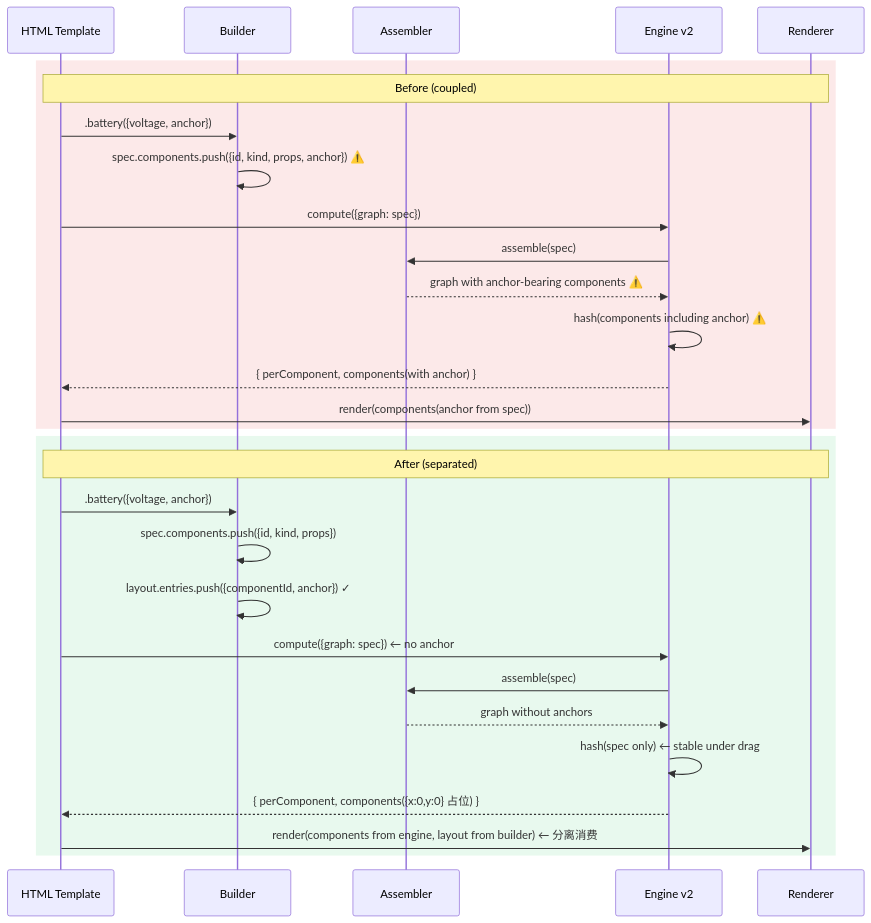
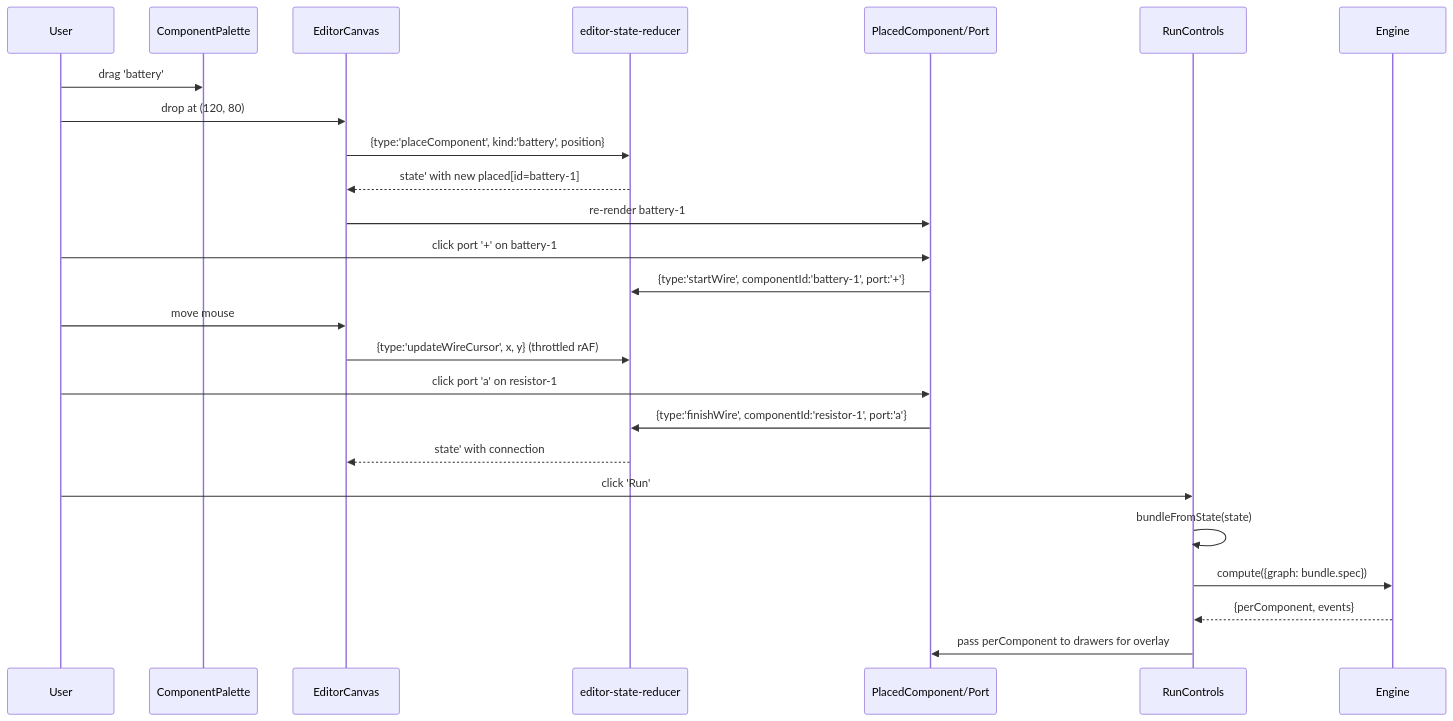
One commit to kenGH12345/EGPSpace changed the second of 2 diagrams in output/architecture.md. Above: the diagram before and after it, drawn with Mermaid. The commit also changed other lines of this file and 44 other files, not shown here.

````diff
--- a/output/architecture.md
+++ b/output/architecture.md
@@ -168,33 +243,30 @@
 ```mermaid
 sequenceDiagram
-  participant T as HTML Template
-  participant B as Builder
-  participant A as Assembler
-  participant E as Engine v2
-  participant R as Renderer
+  participant User
+  participant Palette as ComponentPalette
+  participant Canvas as EditorCanvas
+  participant Reducer as editor-state-reducer
+  participant Render as PlacedComponent/Port
+  participant Run as RunControls
+  participant Engine
 
-  rect rgba(220, 38, 38, 0.1)
-    Note over T,R: Before (coupled)
-    T->>B: .battery({voltage, anchor})
-    B->>B: spec.components.push({id, kind, props, anchor}) ⚠️
-    T->>E: compute({graph: spec})
-    E->>A: assemble(spec)
-    A-->>E: graph with anchor-bearing components ⚠️
-    E->>E: hash(components including anchor) ⚠️
-    E-->>T: { perComponent, components(with anchor) }
-    T->>R: render(components(anchor from spec))
-  end
+  User->>Palette: drag 'battery'
+  User->>Canvas: drop at (120, 80)
+  Canvas->>Reducer: {type:'placeComponent', kind:'battery', position}
+  Reducer-->>Canvas: state' with new placed[id=battery-1]
+  Canvas->>Render: re-render battery-1
 
-  rect rgba(34, 197, 94, 0.1)
-    Note over T,R: After (separated)
-    T->>B: .battery({voltage, anchor})
-    B->>B: spec.components.push({id, kind, props})
-    B->>B: layout.entries.push({componentId, anchor}) ✓
-    T->>E: compute({graph: spec})  ← no anchor
-    E->>A: assemble(spec)
-    A-->>E: graph without anchors
-    E->>E: hash(spec only) ← stable under drag
-    E-->>T: { perComponent, components({x:0,y:0} 占位) }
-    T->>R: render(components from engine, layout from builder)  ← 分离消费
-  end
+  User->>Render: click port '+' on battery-1
+  Render->>Reducer: {type:'startWire', componentId:'battery-1', port:'+'}
+  User->>Canvas: move mouse
+  Canvas->>Reducer: {type:'updateWireCursor', x, y}  (throttled rAF)
+  User->>Render: click port 'a' on resistor-1
+  Render->>Reducer: {type:'finishWire', componentId:'resistor-1', port:'a'}
+  Reducer-->>Canvas: state' with connection
+
+  User->>Run: click 'Run'
+  Run->>Run: bundleFromState(state)
+  Run->>Engine: compute({graph: bundle.spec})
+  Engine-->>Run: {perComponent, events}
+  Run->>Render: pass perComponent to drawers for overlay
 ```
````
